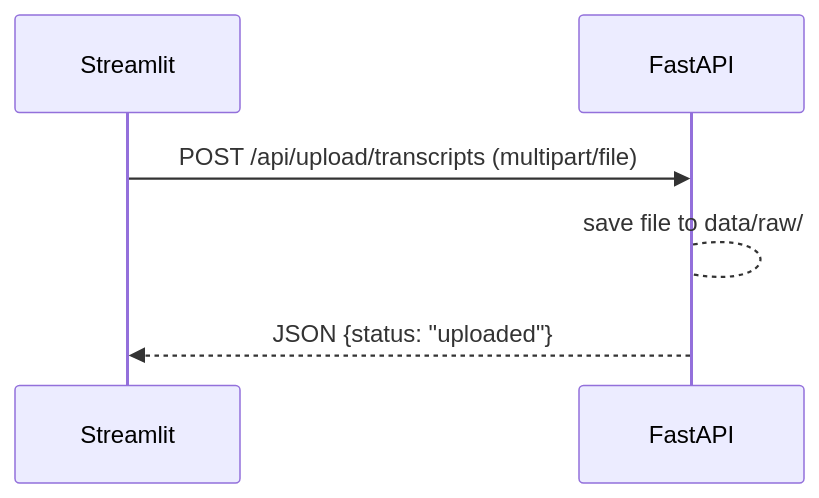
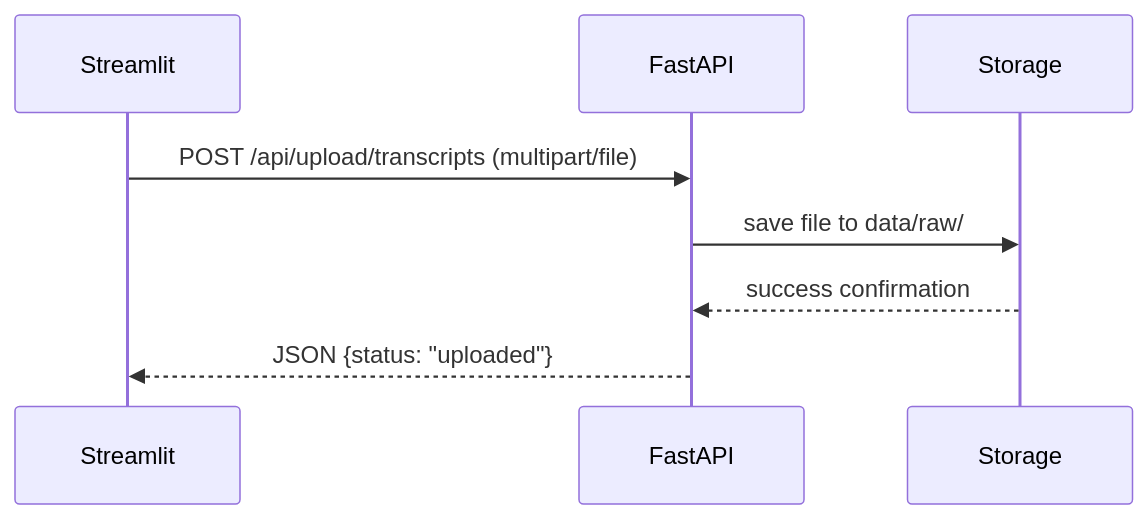
The second of 4 diagrams in flow.md (Misal-Ambasta/W4D5-Fine-Tuned-Embeddings), drawn with Mermaid before and after one commit. The commit also changed other lines of this file, not shown here.

````diff
--- a/flow.md
+++ b/flow.md
@@ -32,8 +32,10 @@
 ```mermaid
 sequenceDiagram
     participant UI as Streamlit
     participant API as FastAPI
+    participant Storage as Storage
     UI->>API: POST /api/upload/transcripts (multipart/file)
-    API-->API: save file to data/raw/
+    API->>Storage: save file to data/raw/
+    Storage-->>API: success confirmation
     API-->>UI: JSON {status: "uploaded"}
 ```
````
